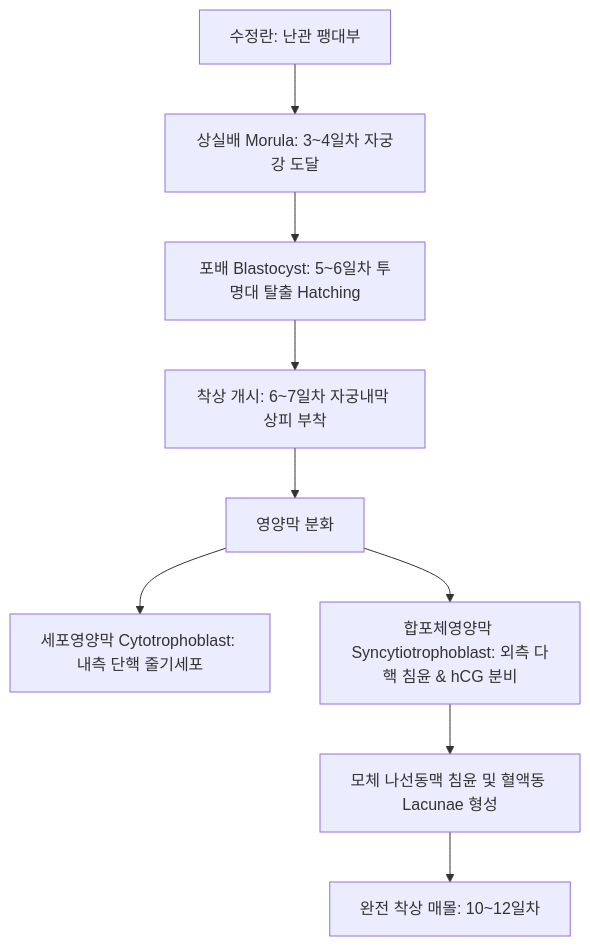
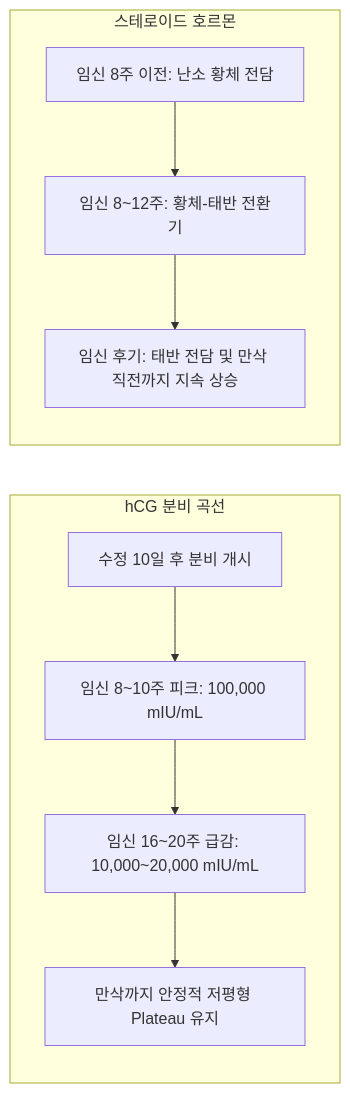
The first of 5 diagrams in content/5. 독서, 노트/독서/네터해부학/Vol1_생식기계/Day12_임신_해부발생_태반생리_산과합병증_분만학.md (simbio11/simbio-digital-garden2), drawn with Mermaid before and after one commit. The commit also changed other lines of this file and 9 other files, not shown here.

````diff
--- a/content/5. 독서, 노트/독서/네터해부학/Vol1_생식기계/Day12_임신_해부발생_태반생리_산과합병증_분만학.md
+++ b/content/5. 독서, 노트/독서/네터해부학/Vol1_생식기계/Day12_임신_해부발생_태반생리_산과합병증_분만학.md
@@ -98,11 +309,12 @@
 ```mermaid
-graph TD
-    A[수정란: 난관 팽대부] --> B[상실배 Morula: 3~4일차 자궁강 도달]
-    B --> C[포배 Blastocyst: 5~6일차 투명대 탈출 Hatching]
-    C --> D[착상 개시: 6~7일차 자궁내막 상피 부착]
-    D --> E[영양막 분화]
-    E --> F[세포영양막 Cytotrophoblast: 내측 단핵 줄기세포]
-    E --> G[합포체영양막 Syncytiotrophoblast: 외측 다핵 침윤 & hCG 분비]
-    G --> H[모체 나선동맥 침윤 및 혈액동 Lacunae 형성]
-    H --> I[완전 착상 매몰: 10~12일차]
+graph LR
+    subgraph "hCG 분비 곡선"
+        A[수정 10일 후 분비 개시] --> B[임신 8~10주 피크: 100,000 mIU/mL]
+        B --> C[임신 16~20주 급감: 10,000~20,000 mIU/mL]
+        C --> D[만삭까지 안정적 저평형 Plateau 유지]
+    end
+    subgraph "스테로이드 호르몬"
+        E[임신 8주 이전: 난소 황체 전담] --> F[임신 8~12주: 황체-태반 전환기]
+        F --> G[임신 후기: 태반 전담 및 만삭 직전까지 지속 상승]
+    end
 ```
````
